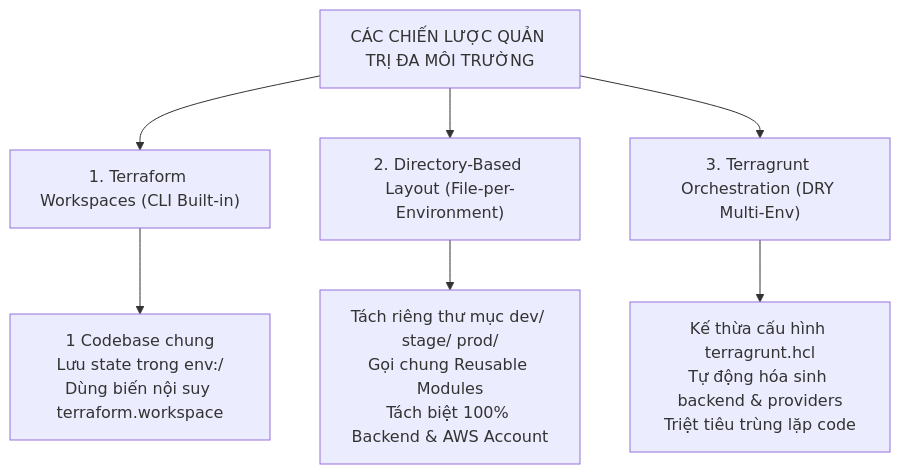
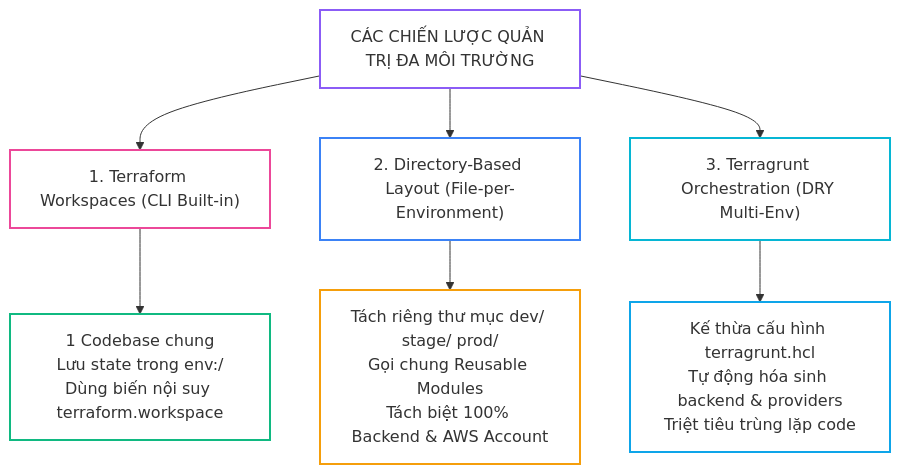
Before and after one commit to kiennt308/ntk: the first of 4 diagrams in _posts/2026-09-13-terraform-12-12-quan-tri-da-moi-truong-terraform-workspaces-vs-directory-layout-terragrunt.md, drawn with Mermaid. The commit also changed other lines of this file and 26 other files, not shown here.

Commit message:
style(terraform): standardize presentation, complete titles & summaries, tailor tldr, and optimize lab tables & mermaid across Bài 05 to Bài 31

````diff
--- a/_posts/2026-09-13-terraform-12-12-quan-tri-da-moi-truong-terraform-workspaces-vs-directory-layout-terragrunt.md
+++ b/_posts/2026-09-13-terraform-12-12-quan-tri-da-moi-truong-terraform-workspaces-vs-directory-layout-terragrunt.md
@@ -38,12 +38,18 @@
 ```mermaid
 graph TD
     APPROACH["CÁC CHIẾN LƯỢC QUẢN TRỊ ĐA MÔI TRƯỜNG"] --> A1["1. Terraform Workspaces (CLI Built-in)"]
     APPROACH --> A2["2. Directory-Based Layout (File-per-Environment)"]
     APPROACH --> A3["3. Terragrunt Orchestration (DRY Multi-Env)"]
 
     A1 --> D1["1 Codebase chung<br/>Lưu state trong env:/<br/>Dùng biến nội suy terraform.workspace"]
     A2 --> D2["Tách riêng thư mục dev/ stage/ prod/<br/>Gọi chung Reusable Modules<br/>Tách biệt 100% Backend & AWS Account"]
     A3 --> D3["Kế thừa cấu hình terragrunt.hcl<br/>Tự động hóa sinh backend & providers<br/>Triệt tiêu trùng lặp code"]
 
-
+    style A2 fill:none,stroke:#3b82f6,stroke-width:2px
+    style D3 fill:none,stroke:#0ea5e9,stroke-width:2px
+    style D1 fill:none,stroke:#10b981,stroke-width:2px
+    style D2 fill:none,stroke:#f59e0b,stroke-width:2px
+    style APPROACH fill:none,stroke:#8b5cf6,stroke-width:2px
+    style A1 fill:none,stroke:#ec4899,stroke-width:2px
+    style A3 fill:none,stroke:#06b6d4,stroke-width:2px
 ```
````
